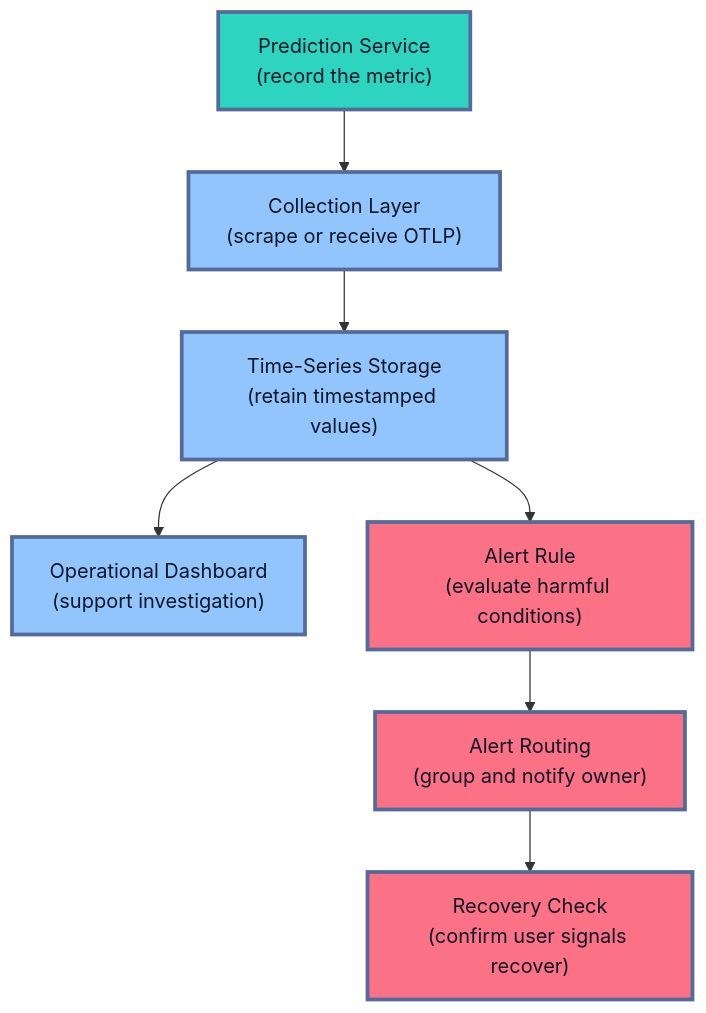
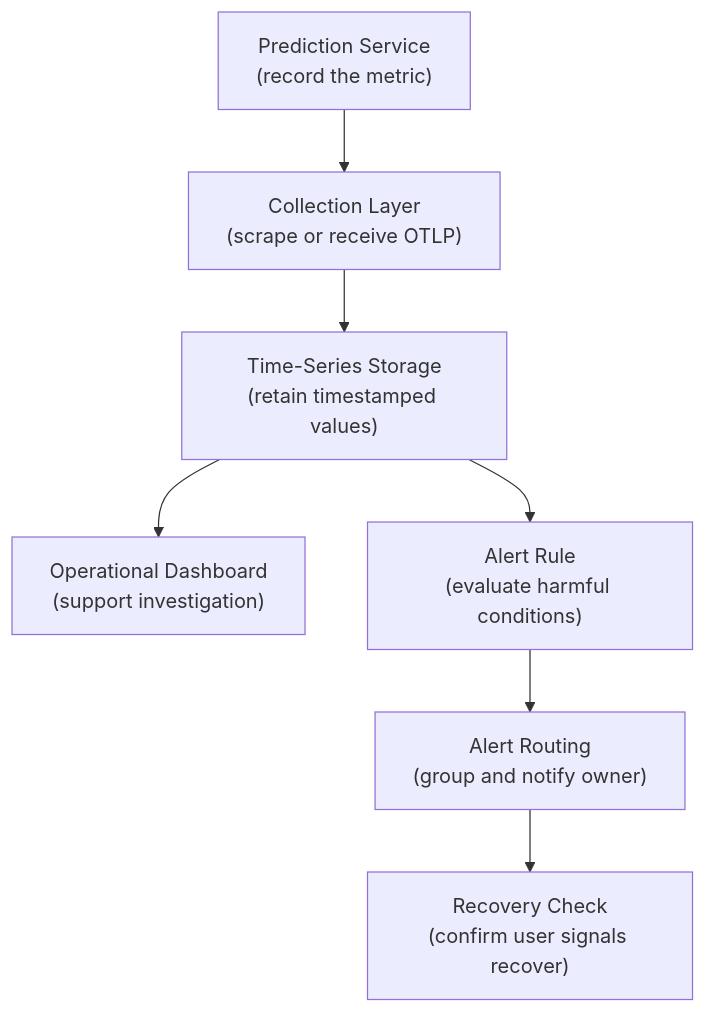
The tenth of 11 diagrams in roadmaps/mlops/modules/monitoring-and-feedback/system-observability/01-monitoring-latency-errors-resources.md (senlinyy/dev-roadmaps), drawn with Mermaid before and after one commit. The commit also changed other lines of this file and 152 other files, not shown here.

Commit message:
feat: mlops and diagrams updated

````diff
--- a/roadmaps/mlops/modules/monitoring-and-feedback/system-observability/01-monitoring-latency-errors-resources.md
+++ b/roadmaps/mlops/modules/monitoring-and-feedback/system-observability/01-monitoring-latency-errors-resources.md
@@ -753,16 +695,13 @@
 ```mermaid
 flowchart TD
     A["Prediction Service<br/>(record the metric)"] --> B["Collection Layer<br/>(scrape or receive OTLP)"]
     B --> C["Time-Series Storage<br/>(retain timestamped values)"]
     C --> D["Operational Dashboard<br/>(support investigation)"]
     C --> E["Alert Rule<br/>(evaluate harmful conditions)"]
     E --> F["Alert Routing<br/>(group and notify owner)"]
     F --> G["Recovery Check<br/>(confirm user signals recover)"]
 
-    classDef source fill:#2DD4BF,stroke:#536A9A,stroke-width:3px,color:#0F172A
-    classDef platform fill:#93C5FD,stroke:#536A9A,stroke-width:3px,color:#0F172A
-    classDef action fill:#FB7185,stroke:#536A9A,stroke-width:3px,color:#111827
     class A source
     class B,C,D platform
     class E,F,G action
 ```
````
